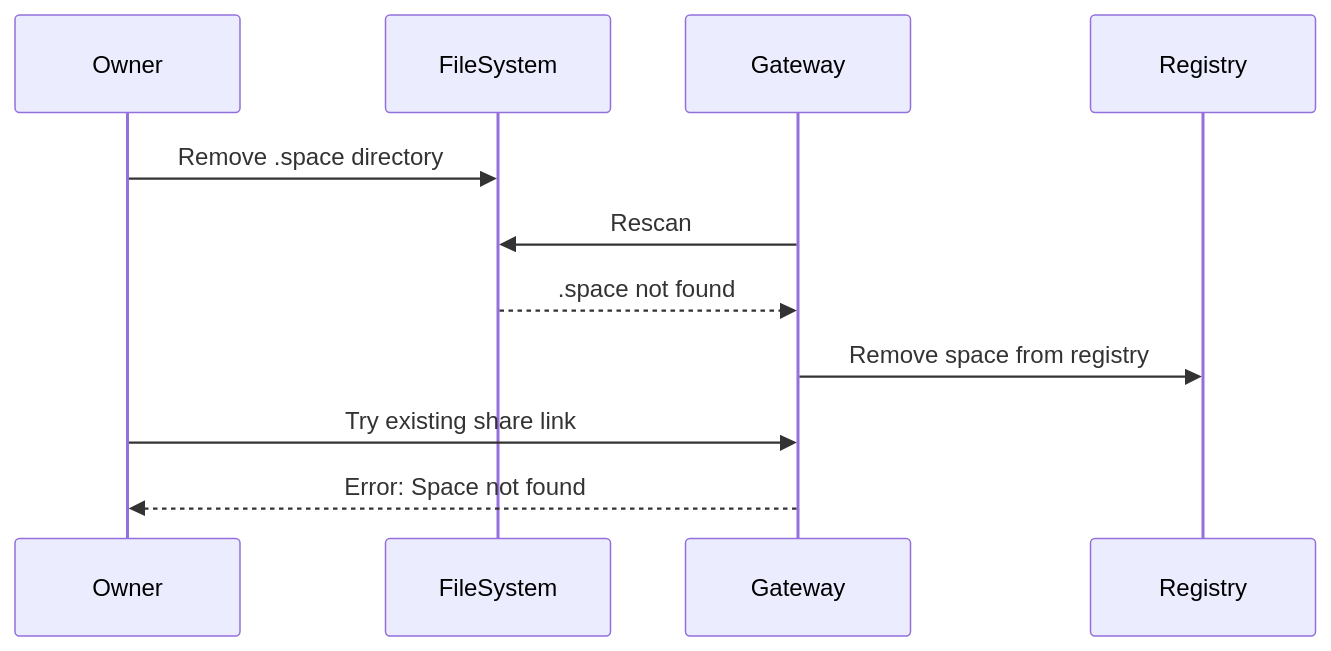
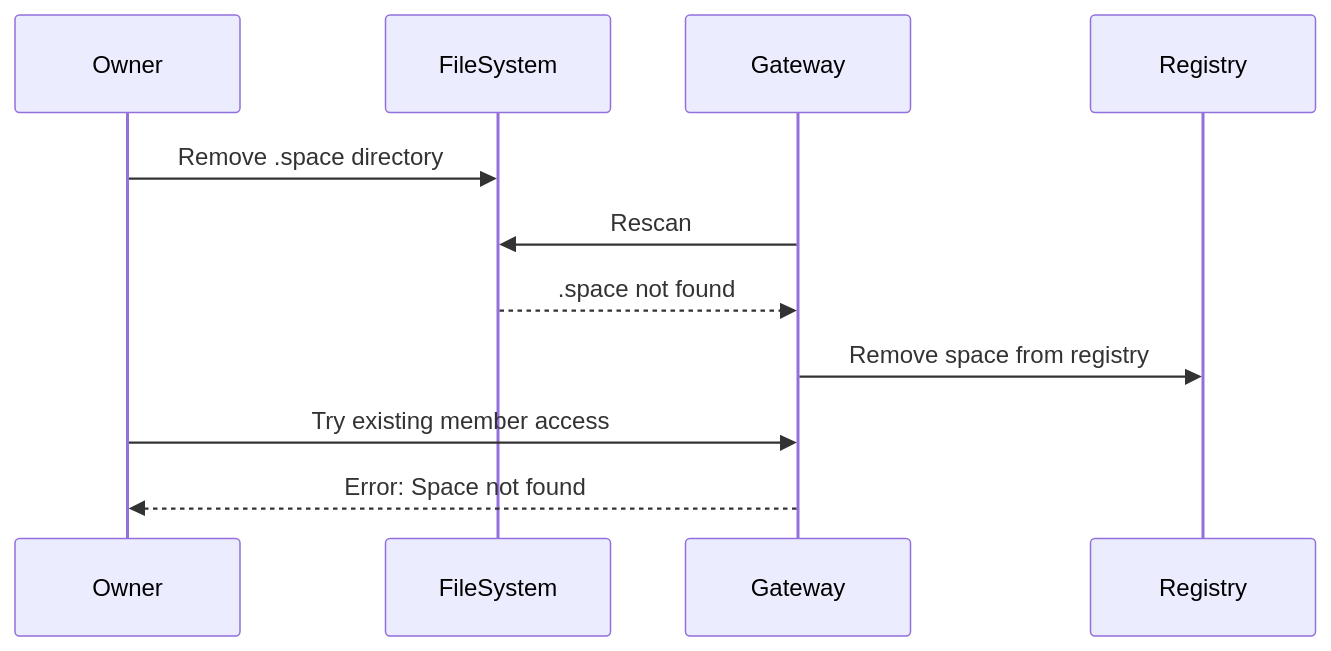
Before and after one commit to jchadwick/ai-spaces: the fifth of 6 diagrams in docs/flows/01-create-space.md, drawn with Mermaid. The commit also changed other lines of this file and 21 other files, not shown here.

````diff
--- a/docs/flows/01-create-space.md
+++ b/docs/flows/01-create-space.md
@@ -92,14 +92,14 @@
 ```mermaid
 sequenceDiagram
     participant Owner
     participant FileSystem
     participant Gateway
     participant Registry
     
     Owner->>FileSystem: Remove .space directory
     Gateway->>FileSystem: Rescan
     FileSystem-->>Gateway: .space not found
     Gateway->>Registry: Remove space from registry
-    Owner->>Gateway: Try existing share link
+    Owner->>Gateway: Try existing member access
     Gateway-->>Owner: Error: Space not found
 ```
````
